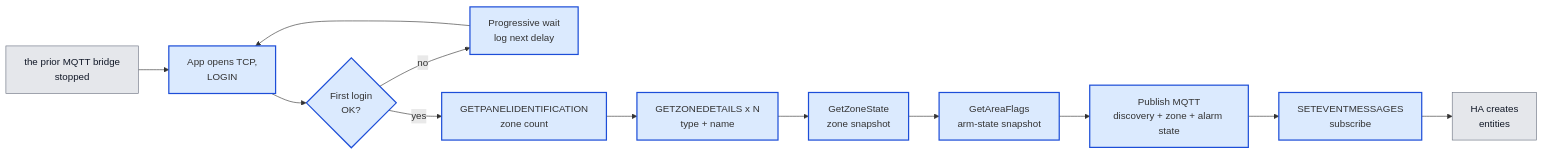
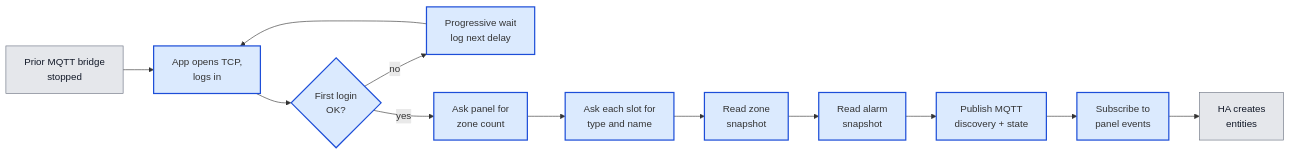
Before and after one commit to michaelmarconi/texecom_alarm: the third of 6 diagrams in docs/architecture.md, drawn with Mermaid. The commit also changed other lines of this file, not shown here.

First line of the commit message:
docs(architecture): fold ADR-021 into one busy-versus-dead session story

````diff
--- a/docs/architecture.md
+++ b/docs/architecture.md
@@ -448,21 +137,21 @@
 ```mermaid
 flowchart LR
-    Stop["the prior MQTT bridge<br/>stopped"]:::external
-    Open["App opens TCP,<br/>LOGIN"]:::owned
+    Stop["Prior MQTT bridge<br/>stopped"]:::external
+    Open["App opens TCP,<br/>logs in"]:::owned
     Backoff{"First login<br/>OK?"}:::owned
     Wait["Progressive wait<br/>log next delay"]:::owned
-    Ident["GETPANELIDENTIFICATION<br/>zone count"]:::owned
-    Loop["GETZONEDETAILS x N<br/>type + name"]:::owned
-    ZoneSnap["GetZoneState<br/>zone snapshot"]:::owned
-    AreaSnap["GetAreaFlags<br/>arm-state snapshot"]:::owned
-    Pub["Publish MQTT<br/>discovery + zone + alarm state"]:::owned
-    Sub["SETEVENTMESSAGES<br/>subscribe"]:::owned
+    Ident["Ask panel for<br/>zone count"]:::owned
+    Loop["Ask each slot for<br/>type and name"]:::owned
+    ZoneSnap["Read zone<br/>snapshot"]:::owned
+    AreaSnap["Read alarm<br/>snapshot"]:::owned
+    Pub["Publish MQTT<br/>discovery + state"]:::owned
+    Sub["Subscribe to<br/>panel events"]:::owned
     HAEnt["HA creates<br/>entities"]:::external
 
     Stop --> Open --> Backoff
     Backoff -->|no| Wait --> Open
     Backoff -->|yes| Ident --> Loop --> ZoneSnap --> AreaSnap --> Pub --> Sub --> HAEnt
 
     classDef owned fill:#dbeafe,stroke:#1d4ed8,stroke-width:2px
     classDef external fill:#e5e7eb,stroke:#6b7280,color:#111827
 ```
````
